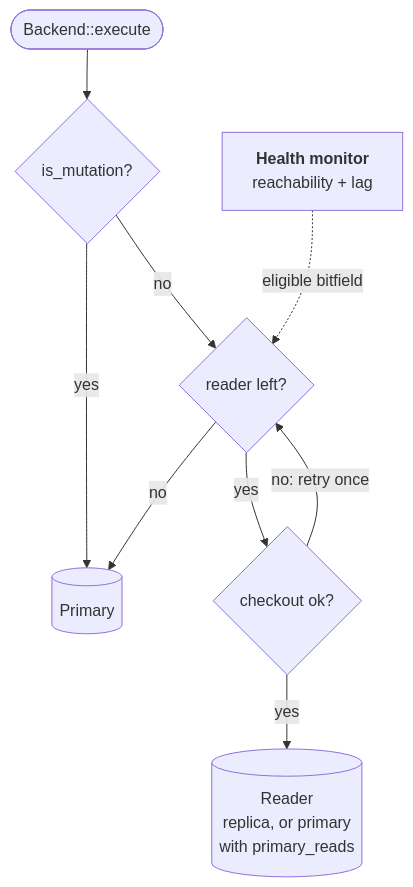
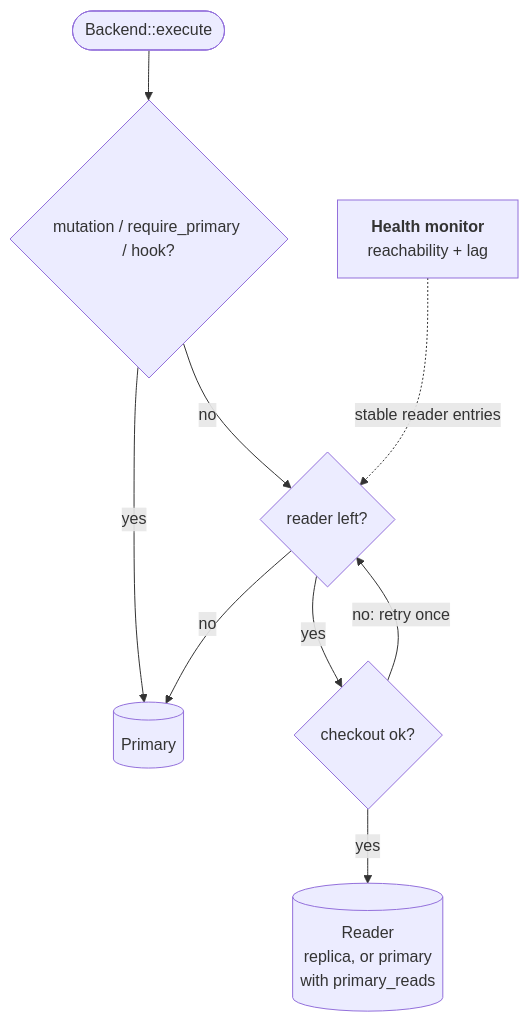
Before and after one commit to pgvis/pgvis: the sixth of 6 diagrams in website/src/content/docs/reference/architecture.mdx, drawn with Mermaid. The commit also changed other lines of this file and 27 other files, not shown here.

````diff
--- a/website/src/content/docs/reference/architecture.mdx
+++ b/website/src/content/docs/reference/architecture.mdx
@@ -267,11 +267,11 @@
 ```mermaid
 flowchart TB
-    q(["Backend::execute"]) --> mut{"is_mutation?"}
+    q(["Backend::execute"]) --> mut{"mutation / require_primary / hook?"}
     mut -->|yes| primary[("Primary")]
     mut -->|no| pick{"reader left?"}
     pick -->|no| primary
     pick -->|yes| co{"checkout ok?"}
     co -->|yes| reader[("Reader<br/>replica, or primary<br/>with primary_reads")]
     co -->|"no: retry once"| pick
-    health["<b>Health monitor</b><br/>reachability + lag"] -.->|"eligible bitfield"| pick
+    health["<b>Health monitor</b><br/>reachability + lag"] -.->|"stable reader entries"| pick
 ```
````
